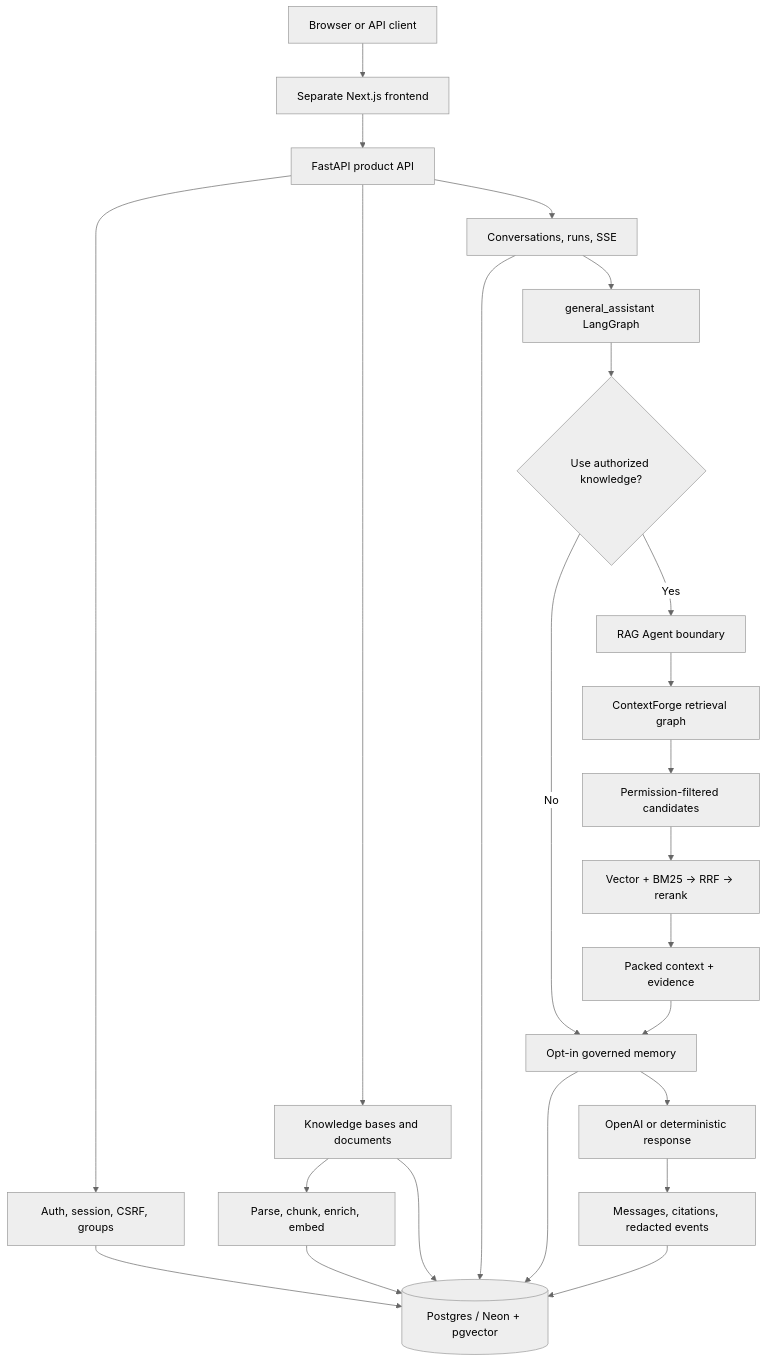
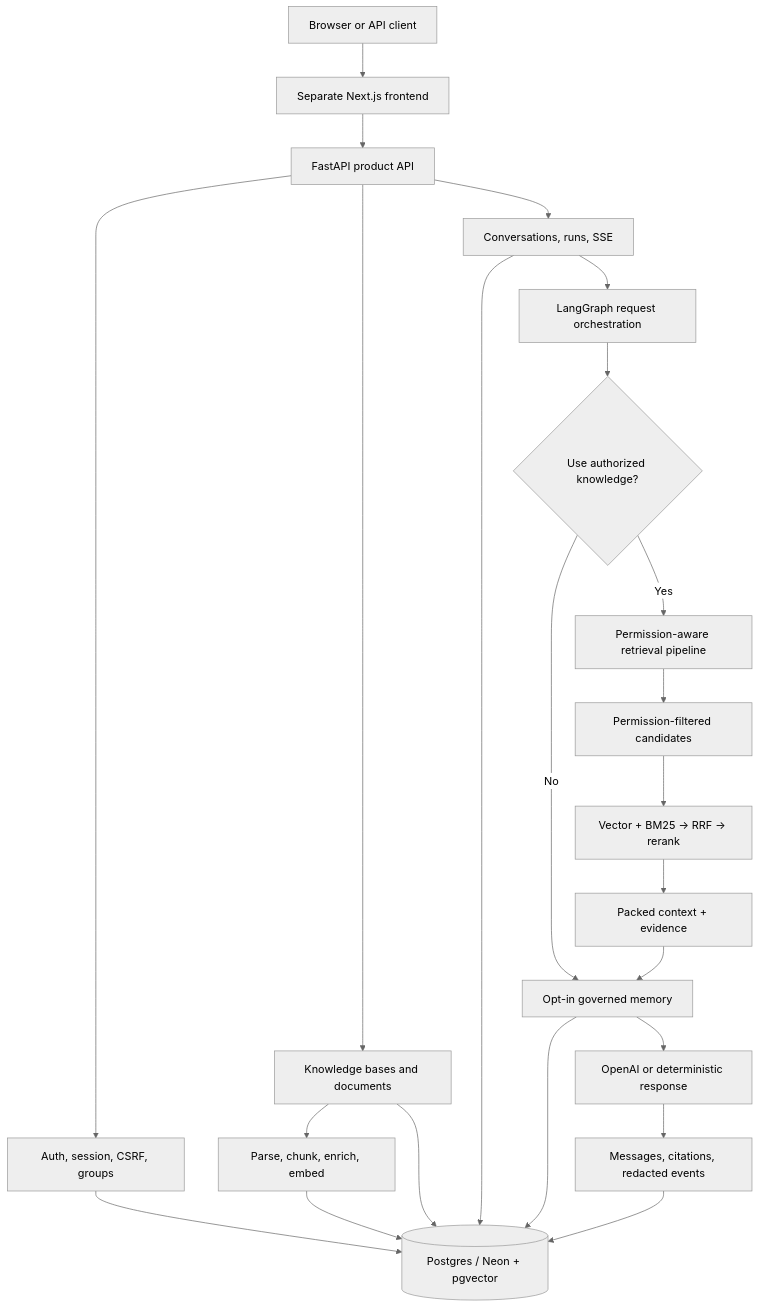
One commit to heecheon92/my-agents changed the diagram in README.en.md. Above: the diagram before and after it, drawn with Mermaid (neutral theme). The commit also changed other lines of this file and 1 other file, not shown here.

````diff
--- a/README.en.md
+++ b/README.en.md
@@ -45,30 +45,29 @@
 ```mermaid
 flowchart TD
     Client["Browser or API client"] --> Frontend["Separate Next.js frontend"]
     Frontend --> API["FastAPI product API"]
 
     API --> Auth["Auth, session, CSRF, groups"]
     API --> Knowledge["Knowledge bases and documents"]
     API --> Runs["Conversations, runs, SSE"]
 
     Knowledge --> Ingestion["Parse, chunk, enrich, embed"]
     Ingestion --> DB[("Postgres / Neon + pgvector")]
     Auth --> DB
     Knowledge --> DB
     Runs --> DB
 
-    Runs --> Assistant["general_assistant LangGraph"]
-    Assistant --> SourceGate{"Use authorized knowledge?"}
+    Runs --> Orchestration["LangGraph request orchestration"]
+    Orchestration --> SourceGate{"Use authorized knowledge?"}
     SourceGate -->|No| Memory["Opt-in governed memory"]
-    SourceGate -->|Yes| RAG["RAG Agent boundary"]
-    RAG --> Forge["ContextForge retrieval graph"]
-    Forge --> Permission["Permission-filtered candidates"]
+    SourceGate -->|Yes| Retrieval["Permission-aware retrieval pipeline"]
+    Retrieval --> Permission["Permission-filtered candidates"]
     Permission --> Hybrid["Vector + BM25 -> RRF -> rerank"]
     Hybrid --> Context["Packed context + evidence"]
     Context --> Memory
 
     Memory --> DB
     Memory --> Provider["OpenAI or deterministic response"]
     Provider --> Audit["Messages, citations, redacted events"]
     Audit --> DB
 ```
````
